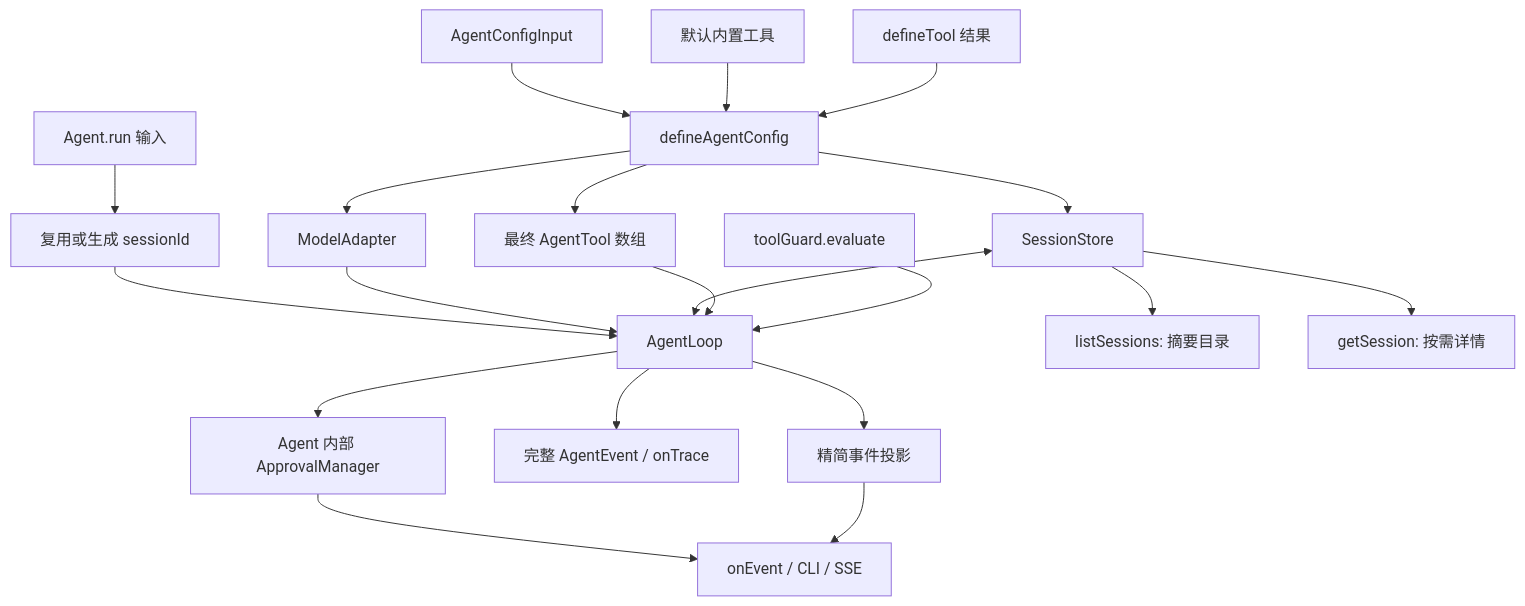
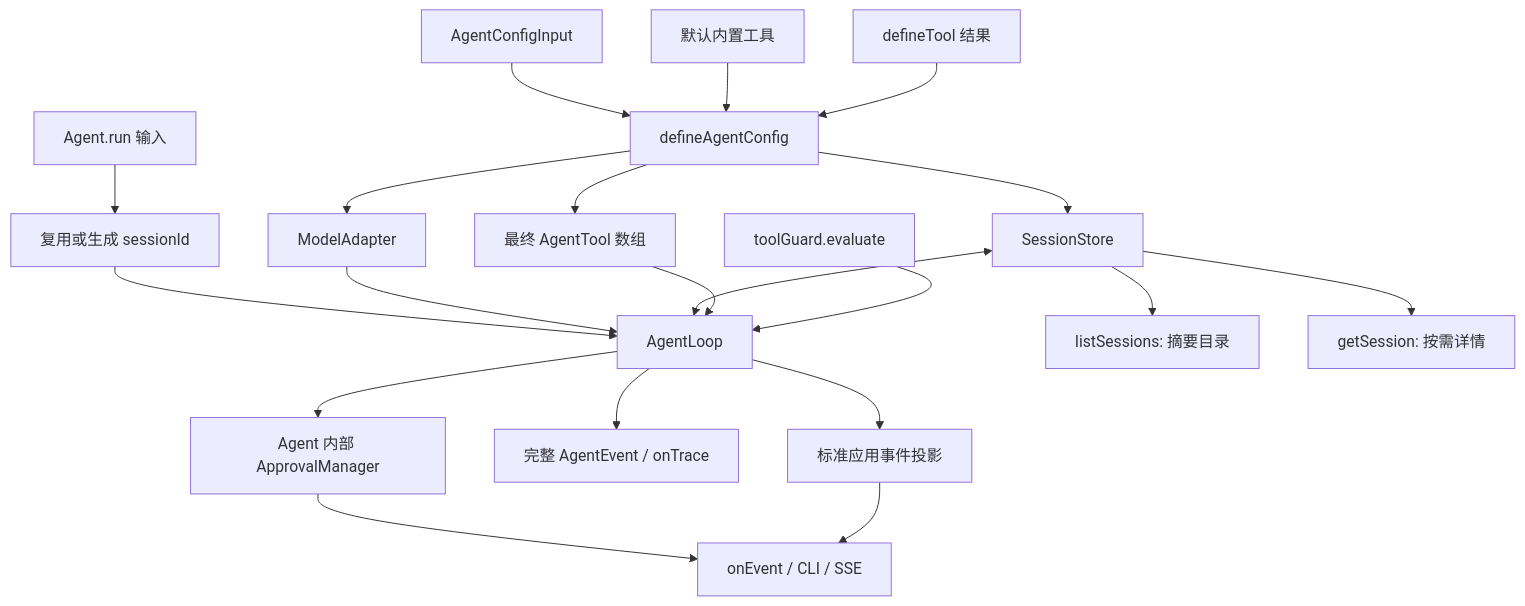
One commit to AlbertE1990/crafteHarness changed the first of 2 diagrams in docs/learning/craft-agent-facade.md. Above: the diagram before and after it, drawn with Mermaid. The commit also changed other lines of this file and 21 other files, not shown here.

````diff
--- a/docs/learning/craft-agent-facade.md
+++ b/docs/learning/craft-agent-facade.md
@@ -84,22 +84,22 @@
 ```mermaid
 flowchart TD
   Config[AgentConfigInput] --> Normalize[defineAgentConfig]
   Normalize --> Adapter[ModelAdapter]
   Normalize --> Store[SessionStore]
   Builtins[默认内置工具] --> Normalize
   Normalize --> Tools[最终 AgentTool 数组]
   Request[Agent.run 输入] --> SessionId[复用或生成 sessionId]
   SessionId --> Loop[AgentLoop]
   Adapter --> Loop
   Store <--> Loop
   RawTools[defineTool 结果] --> Normalize
   Tools --> Loop
   Guard[toolGuard.evaluate] --> Loop
   Loop --> Approval[Agent 内部 ApprovalManager]
   Approval --> Output
   Loop --> Trace[完整 AgentEvent / onTrace]
-  Loop --> Project[精简事件投影]
+  Loop --> Project[标准应用事件投影]
   Project --> Output[onEvent / CLI / SSE]
   Store --> Catalog[listSessions: 摘要目录]
   Store --> Detail[getSession: 按需详情]
 ```
````
